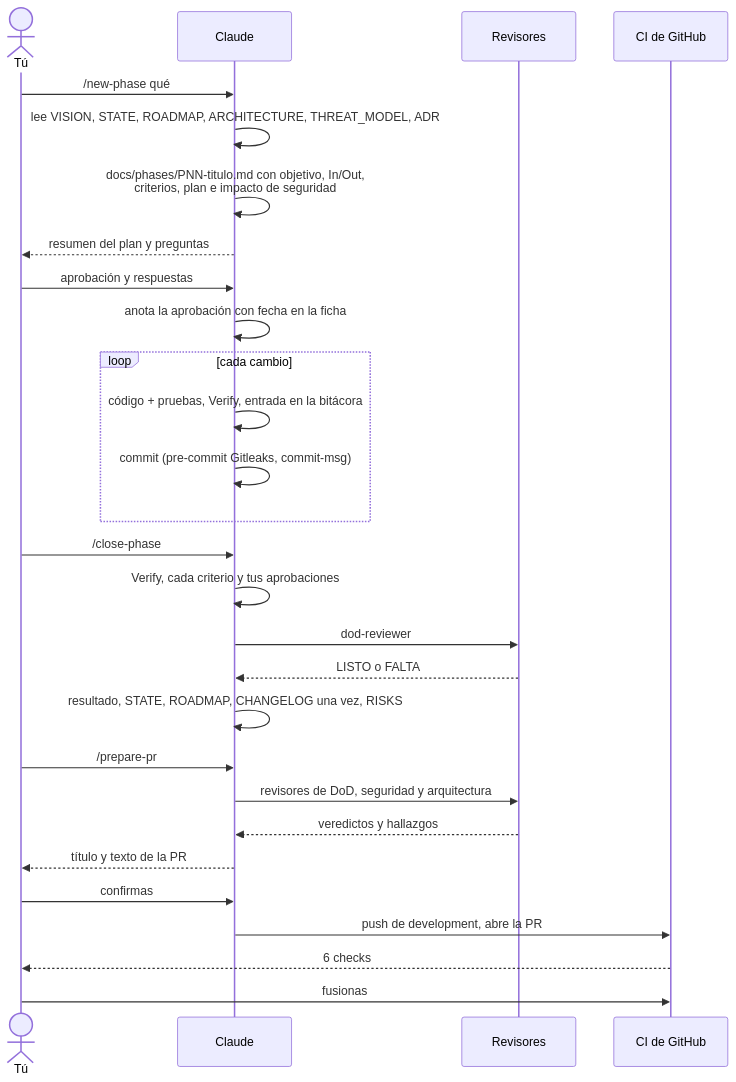
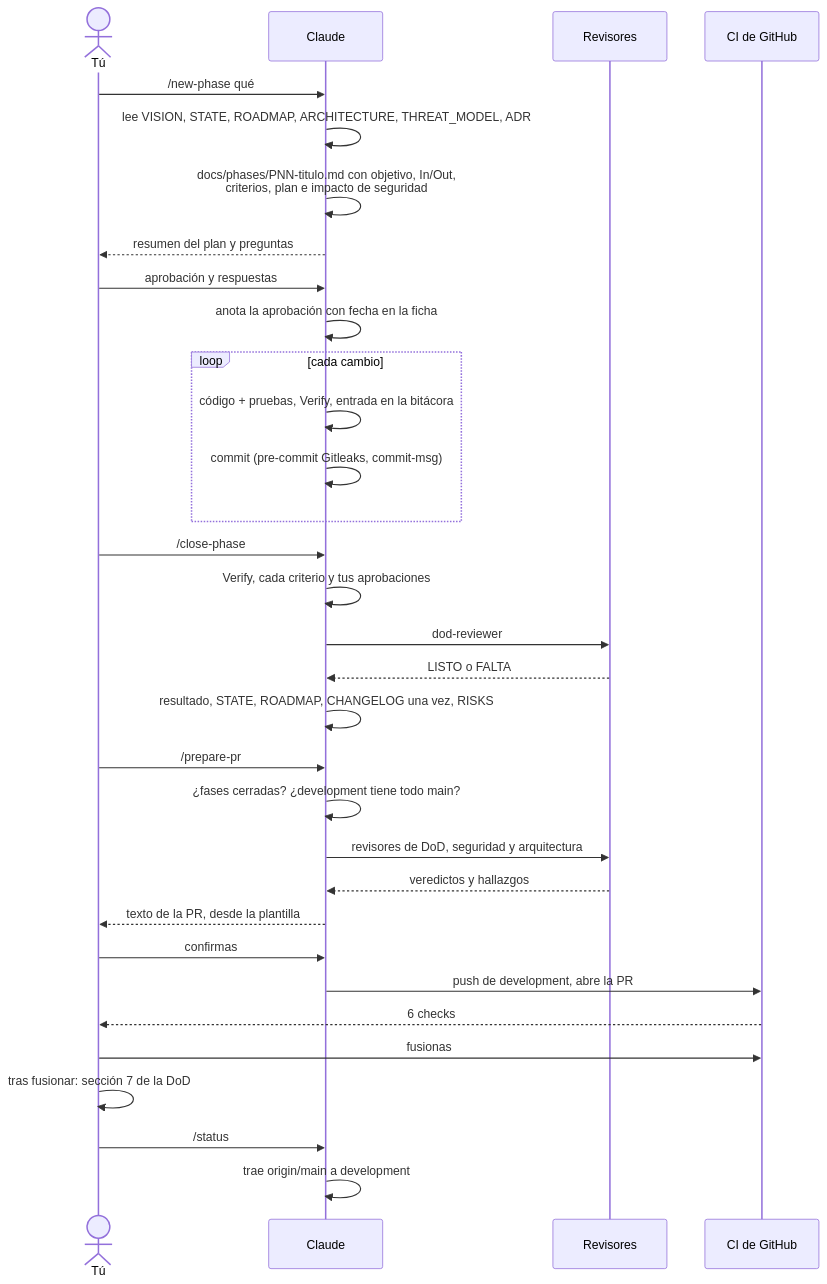
The fifth of 13 diagrams in README.es.md (serbenda/project-template), drawn with Mermaid before and after one commit. The commit also changed other lines of this file and 37 other files, not shown here.

````diff
--- a/README.es.md
+++ b/README.es.md
@@ -130,30 +130,34 @@
 ```mermaid
 sequenceDiagram
     actor O as Tú
     participant C as Claude
     participant R as Revisores
     participant G as CI de GitHub
     O->>C: /new-phase qué
     C->>C: lee VISION, STATE, ROADMAP, ARCHITECTURE, THREAT_MODEL, ADR
     C->>C: docs/phases/PNN-titulo.md con objetivo, In/Out,<br/>criterios, plan e impacto de seguridad
     C-->>O: resumen del plan y preguntas
     O->>C: aprobación y respuestas
     C->>C: anota la aprobación con fecha en la ficha
     loop cada cambio
         C->>C: código + pruebas, Verify, entrada en la bitácora
         C->>C: commit (pre-commit Gitleaks, commit-msg)
     end
     O->>C: /close-phase
     C->>C: Verify, cada criterio y tus aprobaciones
     C->>R: dod-reviewer
     R-->>C: LISTO o FALTA
     C->>C: resultado, STATE, ROADMAP, CHANGELOG una vez, RISKS
     O->>C: /prepare-pr
+    C->>C: ¿fases cerradas? ¿development tiene todo main?
     C->>R: revisores de DoD, seguridad y arquitectura
     R-->>C: veredictos y hallazgos
-    C-->>O: título y texto de la PR
+    C-->>O: texto de la PR, desde la plantilla
     O->>C: confirmas
     C->>G: push de development, abre la PR
     G-->>O: 6 checks
     O->>G: fusionas
+    O->>O: tras fusionar: sección 7 de la DoD
+    O->>C: /status
+    C->>C: trae origin/main a development
 ```
````
